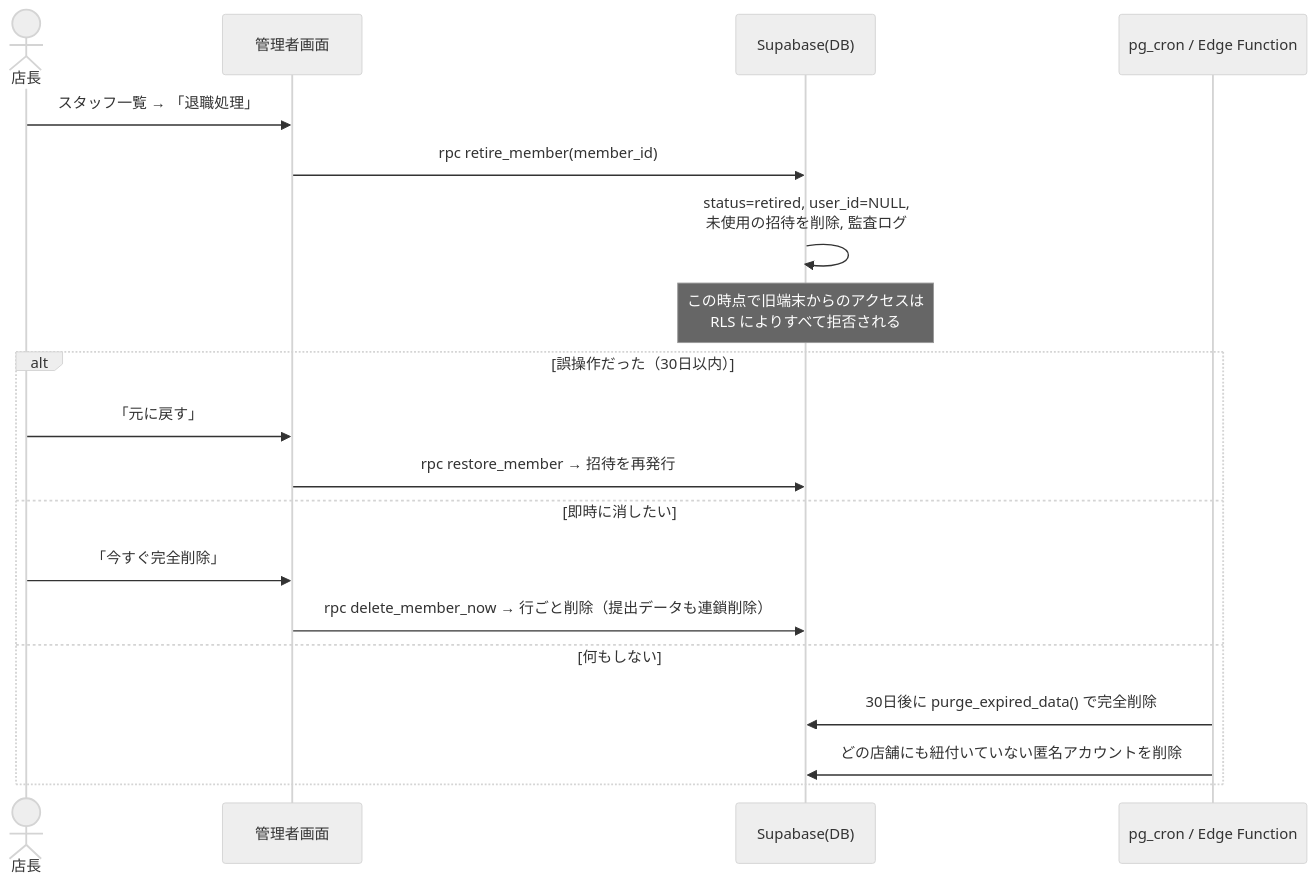
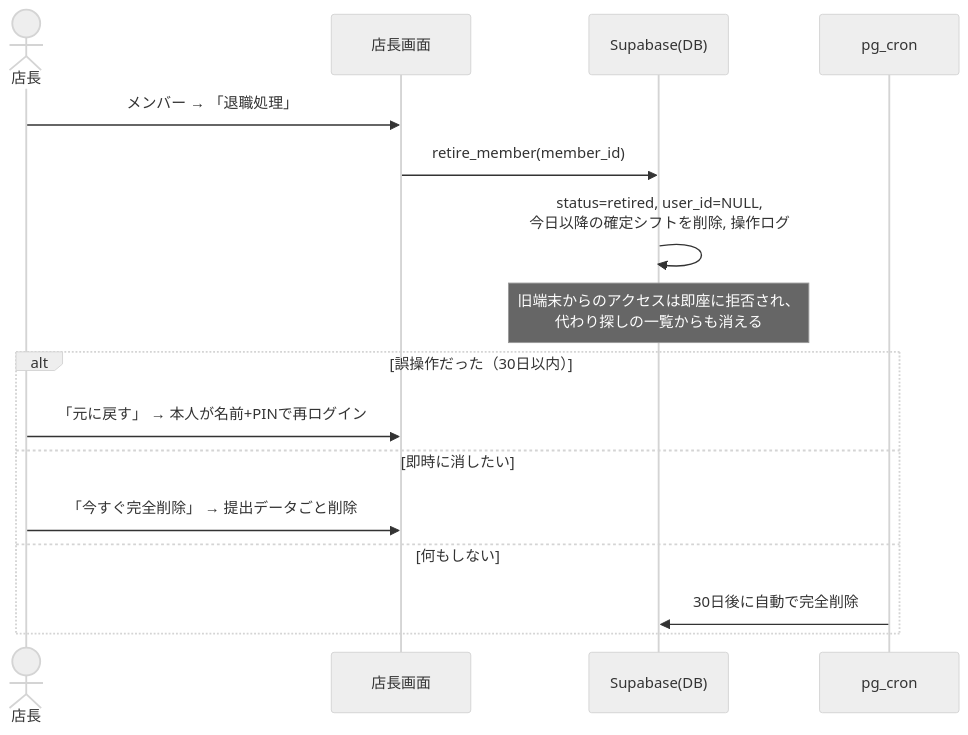
Before and after one commit to RuiKougyo/Cocos: the third of 5 diagrams in docs/design.md, drawn with Mermaid (neutral theme). The commit also changed other lines of this file and 4 other files, not shown here.

````diff
--- a/docs/design.md
+++ b/docs/design.md
@@ -253,21 +300,18 @@
 ```mermaid
 sequenceDiagram
   actor 店長
-  participant App as 管理者画面
+  participant App as 店長画面
   participant DB as Supabase(DB)
-  participant Cron as pg_cron / Edge Function
-  店長->>App: スタッフ一覧 → 「退職処理」
-  App->>DB: rpc retire_member(member_id)
-  DB->>DB: status=retired, user_id=NULL,<br/>未使用の招待を削除, 監査ログ
-  Note over DB: この時点で旧端末からのアクセスは<br/>RLS によりすべて拒否される
+  participant Cron as pg_cron
+  店長->>App: メンバー → 「退職処理」
+  App->>DB: retire_member(member_id)
+  DB->>DB: status=retired, user_id=NULL,<br/>今日以降の確定シフトを削除, 操作ログ
+  Note over DB: 旧端末からのアクセスは即座に拒否され、<br/>代わり探しの一覧からも消える
   alt 誤操作だった（30日以内）
-    店長->>App: 「元に戻す」
-    App->>DB: rpc restore_member → 招待を再発行
+    店長->>App: 「元に戻す」 → 本人が名前+PINで再ログイン
   else 即時に消したい
-    店長->>App: 「今すぐ完全削除」
-    App->>DB: rpc delete_member_now → 行ごと削除（提出データも連鎖削除）
+    店長->>App: 「今すぐ完全削除」 → 提出データごと削除
   else 何もしない
-    Cron->>DB: 30日後に purge_expired_data() で完全削除
-    Cron->>DB: どの店舗にも紐付いていない匿名アカウントを削除
+    Cron->>DB: 30日後に自動で完全削除
   end
 ```
````
